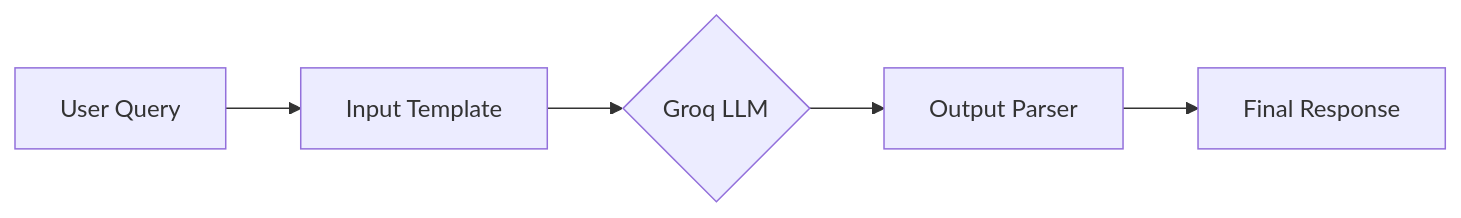
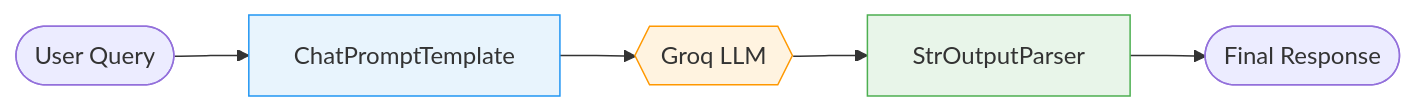
One commit to Zahir-Ahmad9897/Agent-Tracking-Using-LangSmith changed the first of 3 diagrams in README.md. Above: the diagram before and after it, drawn with Mermaid. The commit also changed other lines of this file and 2 other files, not shown here.

````diff
--- a/README.md
+++ b/README.md
@@ -27,7 +65,11 @@
 ```mermaid
 graph LR
-    A[User Query] --> B[Input Template]
-    B --> C{Groq LLM}
-    C --> D[Output Parser]
-    D --> E[Final Response]
+    A([User Query]) --> B[ChatPromptTemplate]
+    B --> C{{Groq LLM}}
+    C --> D[StrOutputParser]
+    D --> E([Final Response])
+
+    style B fill:#E8F4FD,stroke:#2196F3
+    style C fill:#FFF3E0,stroke:#FF9800
+    style D fill:#E8F5E9,stroke:#4CAF50
 ```
````
